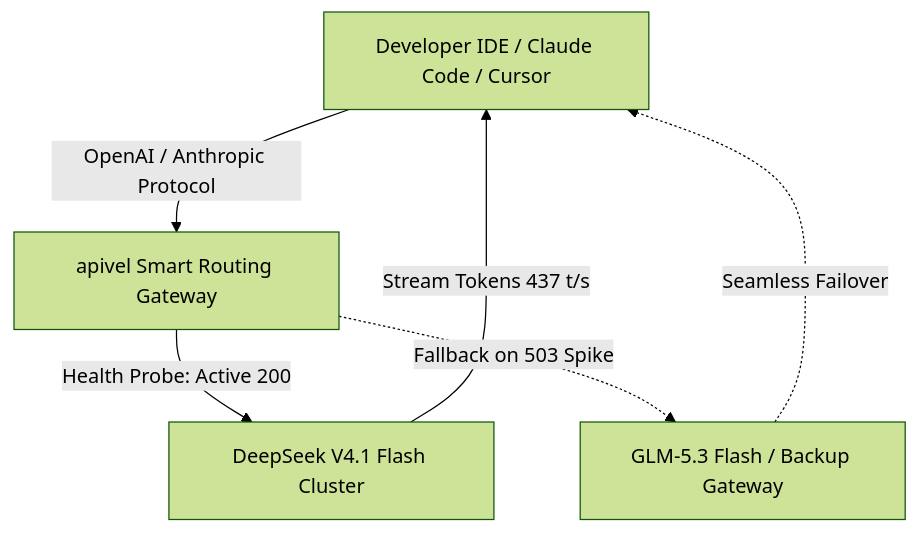
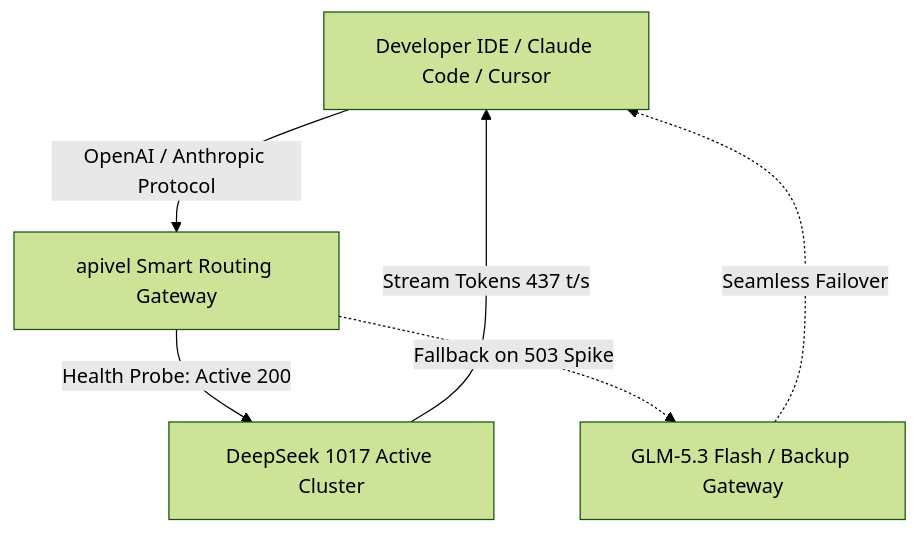
One commit to bshx2024/apivel_blog changed the diagram in src/content/blog/deepseek-v4-1-flash-1017-api-setup.md. Above: the diagram before and after it, drawn with Mermaid (forest theme). The commit also changed other lines of this file and 3 other files, not shown here.

````diff
--- a/src/content/blog/deepseek-v4-1-flash-1017-api-setup.md
+++ b/src/content/blog/deepseek-v4-1-flash-1017-api-setup.md
@@ -116,8 +116,8 @@
 ```mermaid
 graph TD
     Client[Developer IDE / Claude Code / Cursor] -->|OpenAI / Anthropic Protocol| Router[apivel Smart Routing Gateway]
-    Router -->|Health Probe: Active 200| ClusterA[DeepSeek V4.1 Flash Cluster]
+    Router -->|Health Probe: Active 200| ClusterA[DeepSeek 1017 Active Cluster]
     Router -.->|Fallback on 503 Spike| ClusterB[GLM-5.3 Flash / Backup Gateway]
     ClusterA -->|Stream Tokens 437 t/s| Client
     ClusterB -.->|Seamless Failover| Client
 ```
````
